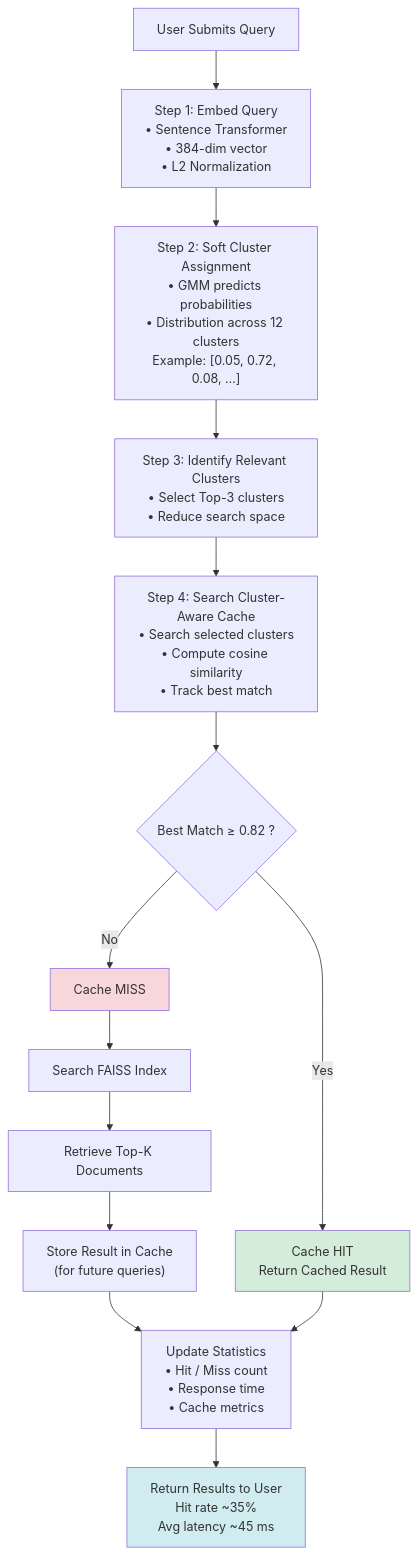
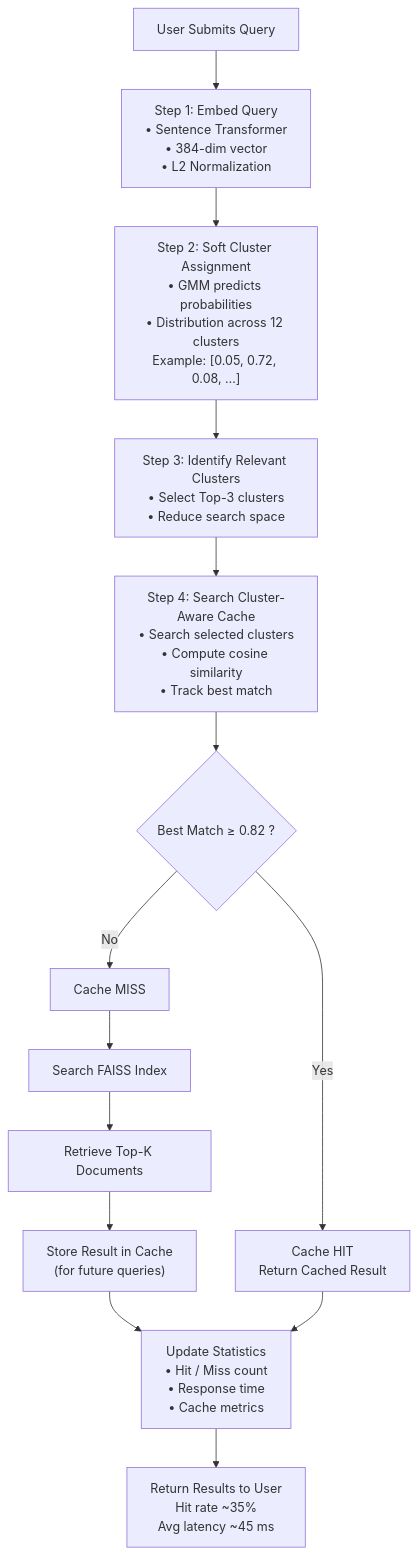
One commit to Pramodh-bot/Semantic-search-system changed the second of 2 diagrams in README.md. Above: the diagram before and after it, drawn with Mermaid.

Commit message:
Remove color styling from cache workflow diagram

````diff
--- a/README.md
+++ b/README.md
@@ -225,60 +225,56 @@
 ```mermaid
 flowchart TD
 
 A["User Submits Query"]
 
 B["Step 1: Embed Query
 • Sentence Transformer
 • 384-dim vector
 • L2 Normalization"]
 
 C["Step 2: Soft Cluster Assignment
 • GMM predicts probabilities
 • Distribution across 12 clusters
 Example: [0.05, 0.72, 0.08, …]"]
 
 D["Step 3: Identify Relevant Clusters
 • Select Top-3 clusters
 • Reduce search space"]
 
 E["Step 4: Search Cluster-Aware Cache
 • Search selected clusters
 • Compute cosine similarity
 • Track best match"]
 
 F{"Best Match ≥ 0.82 ?"}
 
 G["Cache HIT<br/>Return Cached Result"]
 
 H["Cache MISS"]
 
 I["Search FAISS Index"]
 
 J["Retrieve Top-K Documents"]
 
 K["Store Result in Cache<br/>(for future queries)"]
 
 L["Update Statistics<br/>• Hit / Miss count<br/>• Response time<br/>• Cache metrics"]
 
 M["Return Results to User<br/>Hit rate ~35%<br/>Avg latency ~45 ms"]
 
 A --> B
 B --> C
 C --> D
 D --> E
 E --> F
 
 F -->|Yes| G
 F -->|No| H
 
 H --> I
 I --> J
 J --> K
 K --> L
 G --> L
 L --> M
-
-style G fill:#d4edda
-style H fill:#f8d7da
-style M fill:#d1ecf1
 ```
````
